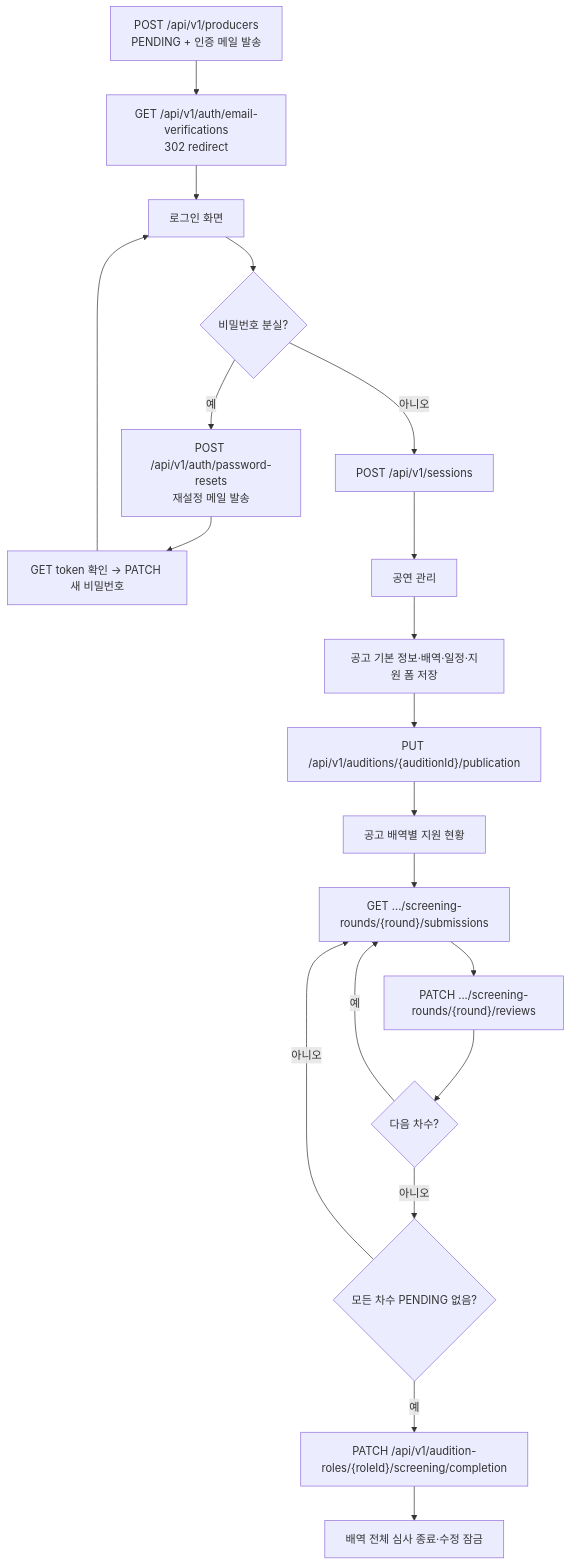
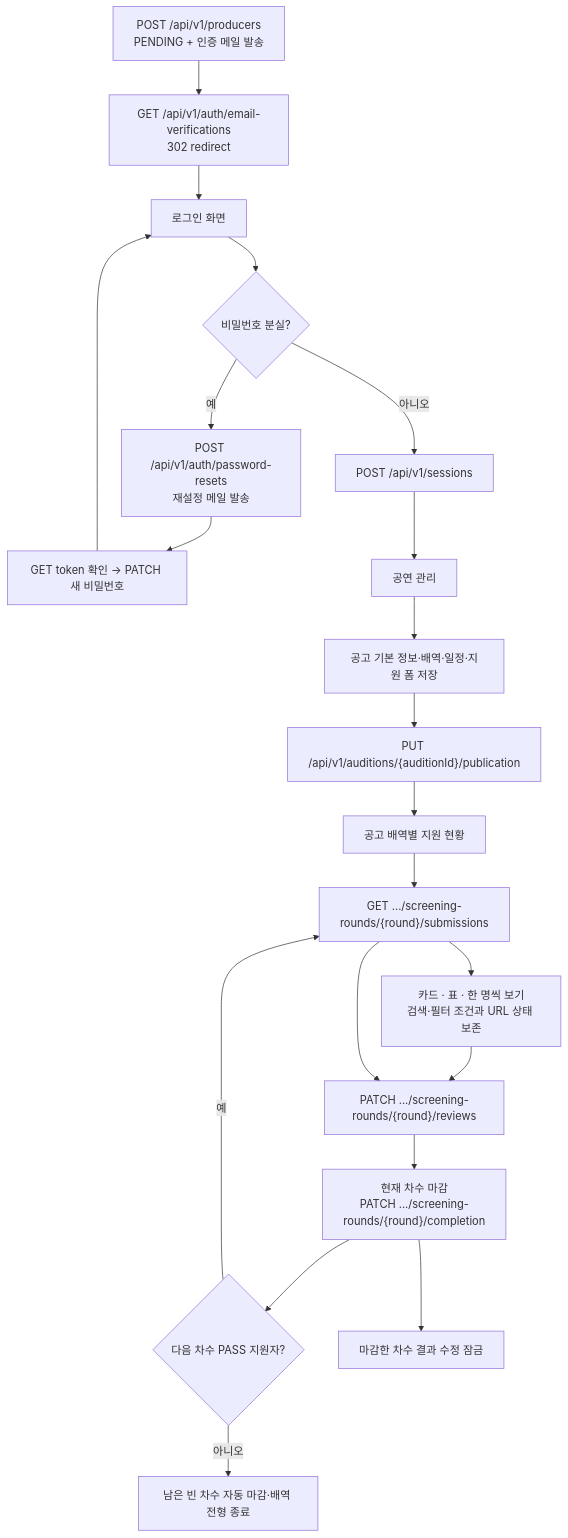
The diagram in frontend/docs/user-flows/producer.mmd (woowacourse-teams/2026-yesulin), drawn with Mermaid before and after one commit. The commit also changed 175 other files, not shown here.

```diff
--- a/frontend/docs/user-flows/producer.mmd
+++ b/frontend/docs/user-flows/producer.mmd
@@ -1,20 +1,21 @@
 flowchart TD
     SIGNUP["POST /api/v1/producers<br>PENDING + 인증 메일 발송"] --> VERIFY["GET /api/v1/auth/email-verifications<br>302 redirect"]
     VERIFY --> LOGIN_FORM["로그인 화면"]
     LOGIN_FORM --> FORGOT{"비밀번호 분실?"}
     FORGOT -- 예 --> RESET_MAIL["POST /api/v1/auth/password-resets<br>재설정 메일 발송"]
     RESET_MAIL --> RESET["GET token 확인 → PATCH 새 비밀번호"]
     RESET --> LOGIN_FORM
     FORGOT -- 아니오 --> LOGIN["POST /api/v1/sessions"]
     LOGIN --> PERFORMANCE["공연 관리"]
     PERFORMANCE --> AUDITION["공고 기본 정보·배역·일정·지원 폼 저장"]
     AUDITION --> PUBLISH["PUT /api/v1/auditions/{auditionId}/publication"]
     PUBLISH --> ROLE["공고 배역별 지원 현황"]
     ROLE --> BOARD["GET .../screening-rounds/{round}/submissions"]
+    BOARD --> FOCUS["카드 · 표 · 한 명씩 보기\n검색·필터 조건과 URL 상태 보존"]
+    FOCUS --> REVIEW
     BOARD --> REVIEW["PATCH .../screening-rounds/{round}/reviews"]
-    REVIEW --> NEXT{"다음 차수?"}
+    REVIEW --> COMPLETE["현재 차수 마감<br>PATCH .../screening-rounds/{round}/completion"]
+    COMPLETE --> NEXT{"다음 차수 PASS 지원자?"}
     NEXT -- 예 --> BOARD
-    NEXT -- 아니오 --> READY{"모든 차수 PENDING 없음?"}
-    READY -- 아니오 --> BOARD
-    READY -- 예 --> COMPLETE["PATCH /api/v1/audition-roles/{roleId}/screening/completion"]
-    COMPLETE --> LOCKED["배역 전체 심사 종료·수정 잠금"]
+    NEXT -- 아니오 --> LOCKED["남은 빈 차수 자동 마감·배역 전형 종료"]
+    COMPLETE --> CURRENT_LOCKED["마감한 차수 결과 수정 잠금"]
```
